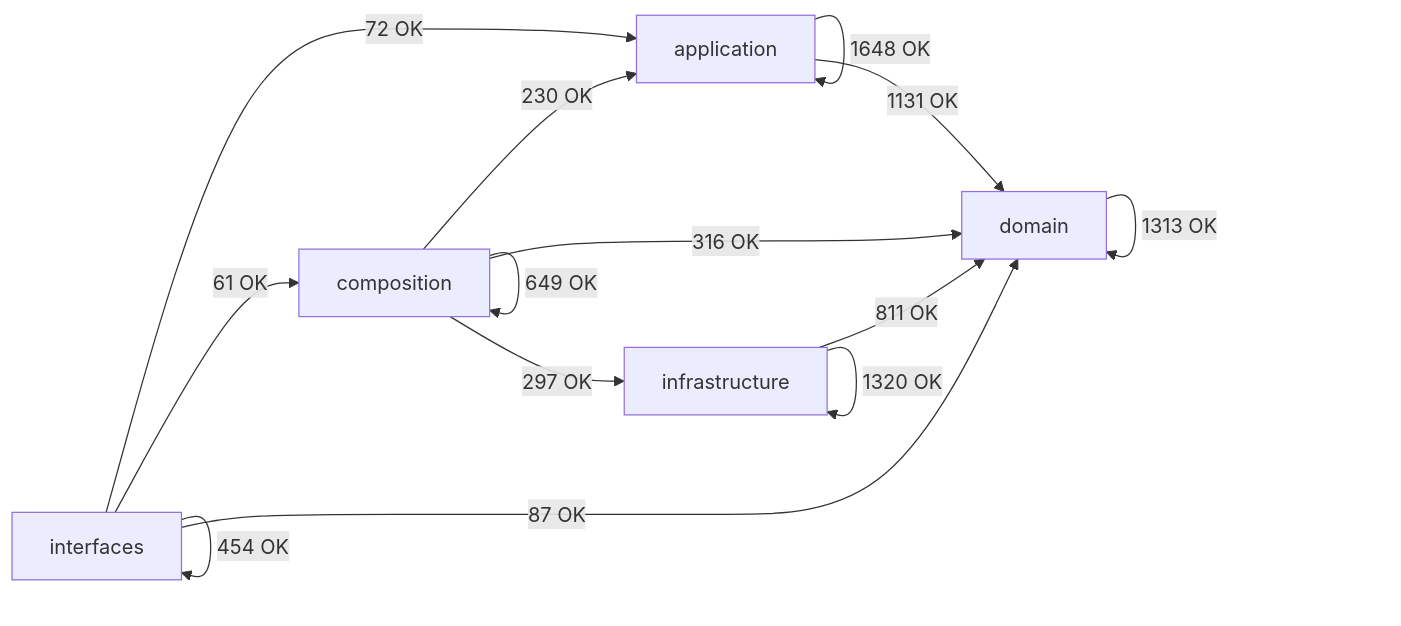
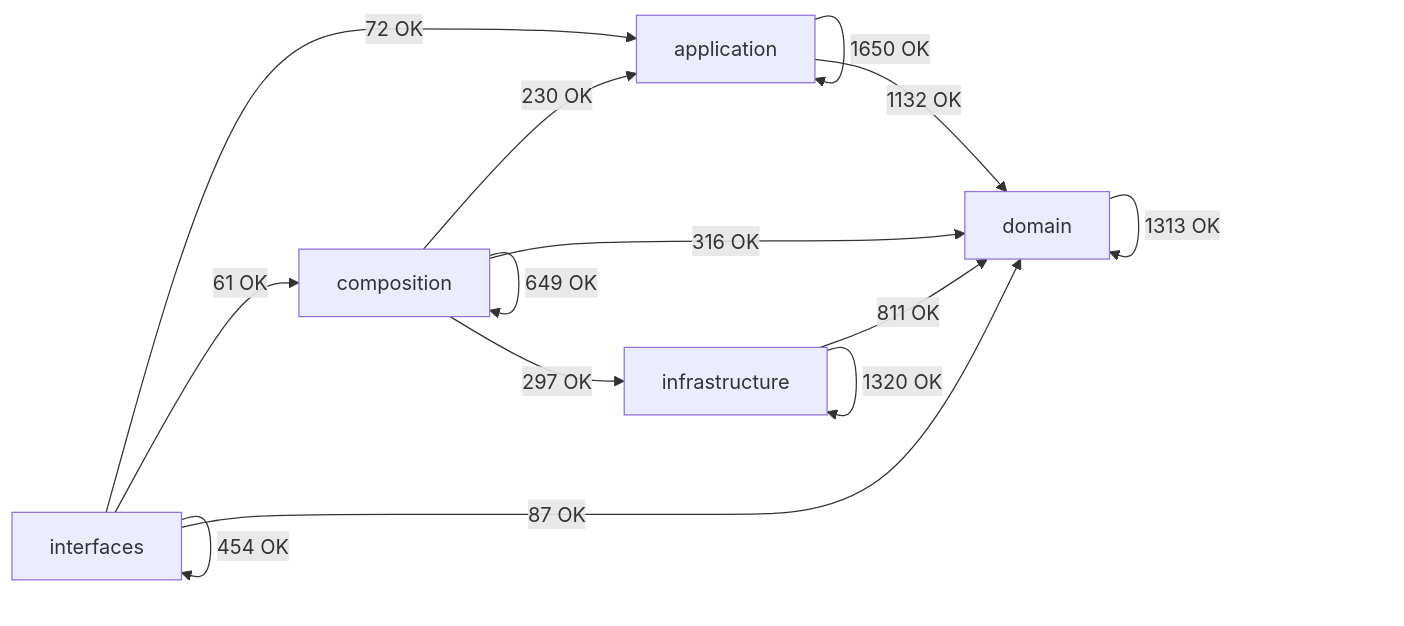
Before and after one commit to SatoryKono/BioactivityDataAcquisition: the diagram in docs/02-architecture/generated/module-dependency-map.md, drawn with Mermaid. The commit also changed other lines of this file and 18 other files, not shown here.

````diff
--- a/docs/02-architecture/generated/module-dependency-map.md
+++ b/docs/02-architecture/generated/module-dependency-map.md
@@ -17,21 +17,21 @@
 ```mermaid
 flowchart LR
     domain[domain]
     application[application]
     infrastructure[infrastructure]
     composition[composition]
     interfaces[interfaces]
-    application -->|1648 OK| application
-    application -->|1131 OK| domain
+    application -->|1650 OK| application
+    application -->|1132 OK| domain
     composition -->|230 OK| application
     composition -->|649 OK| composition
     composition -->|316 OK| domain
     composition -->|297 OK| infrastructure
     domain -->|1313 OK| domain
     infrastructure -->|811 OK| domain
     infrastructure -->|1320 OK| infrastructure
     interfaces -->|72 OK| application
     interfaces -->|61 OK| composition
     interfaces -->|87 OK| domain
     interfaces -->|454 OK| interfaces
 ```
````
